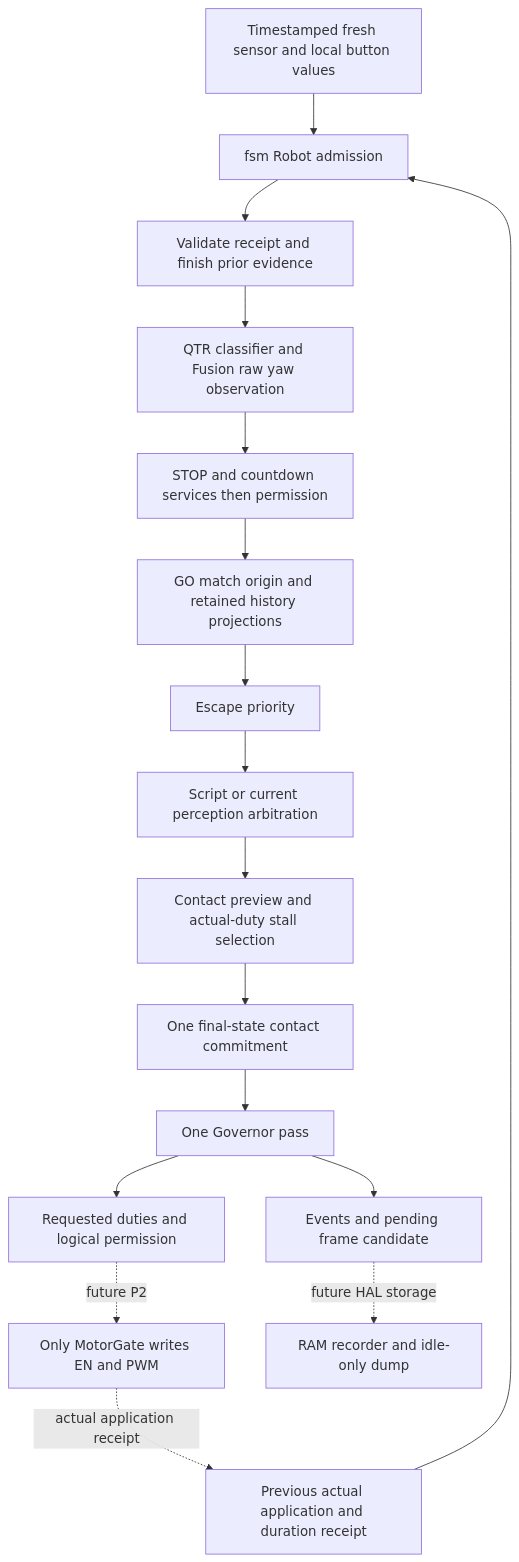
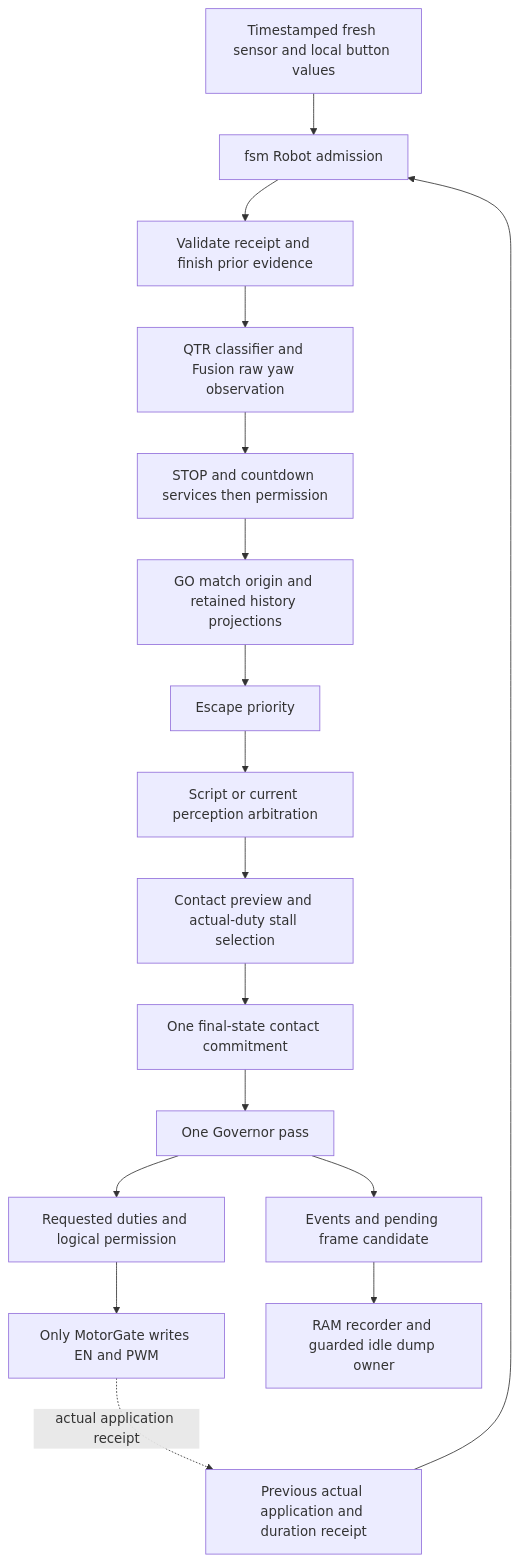
Before and after one commit to kaz4n/techbots_Sumo_Robots: the first of 2 diagrams in docs/ARCHITECTURE.md, drawn with Mermaid. The commit also changed other lines of this file and 44 other files, not shown here.

````diff
--- a/docs/ARCHITECTURE.md
+++ b/docs/ARCHITECTURE.md
@@ -61,19 +61,19 @@
 ```mermaid
 flowchart TD
     I[Timestamped fresh sensor and local button values] --> R[fsm Robot admission]
     P[Previous actual application and duration receipt] --> R
     R --> V[Validate receipt and finish prior evidence]
     V --> F[QTR classifier and Fusion raw yaw observation]
     F --> L[STOP and countdown services then permission]
     L --> H[GO match origin and retained history projections]
     H --> E[Escape priority]
     E --> A[Script or current perception arbitration]
     A --> S[Contact preview and actual-duty stall selection]
     S --> C[One final-state contact commitment]
     C --> G[One Governor pass]
     G --> O[Requested duties and logical permission]
     G --> D[Events and pending frame candidate]
-    O -. future P2 .-> M[Only MotorGate writes EN and PWM]
+    O --> M[Only MotorGate writes EN and PWM]
     M -. actual application receipt .-> P
-    D -. future HAL storage .-> B[RAM recorder and idle-only dump]
+    D --> B[RAM recorder and guarded idle dump owner]
 ```
````
